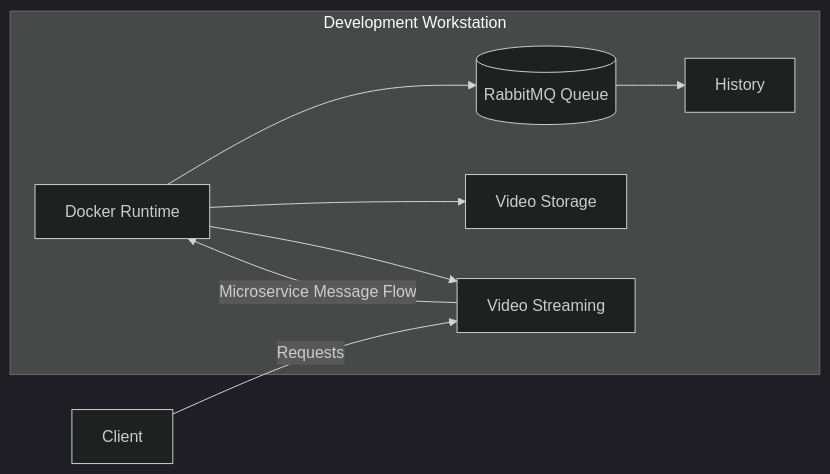
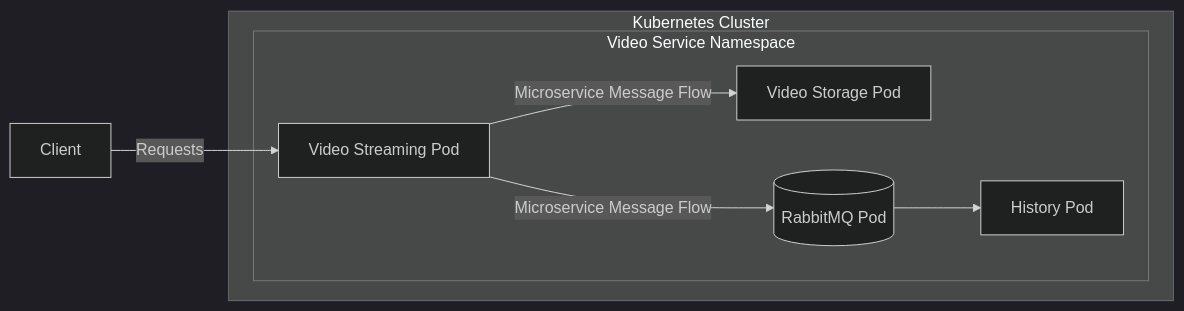
The diagram in README.md (yongjulejule/kube-voyage), drawn with Mermaid (dark theme) before and after one commit. The commit also changed other lines of this file, not shown here.

Commit message:
:memo: docs: Update README.md

````diff
--- a/README.md
+++ b/README.md
@@ -3,18 +3,17 @@
 ```mermaid
 flowchart LR
-    subgraph Development_Workstation [Development Workstation]
-        Docker_Runtime[Docker Runtime]
-        Video_Streaming[Video Streaming]
-        Video_Storage[Video Storage]
-        RabbitMQ[(RabbitMQ Queue)]
-        History[History]
+    subgraph Kubernetes_Cluster [Kubernetes Cluster]
+        subgraph Video_Service_Namespace [Video Service Namespace]
+            Video_Streaming_Pod[Video Streaming Pod]
+            Video_Storage_Pod[Video Storage Pod]
+            RabbitMQ_Pod[(RabbitMQ Pod)]
+            History_Pod[History Pod]
 
-        Docker_Runtime --> RabbitMQ
-        Docker_Runtime --> Video_Storage
-        Docker_Runtime --> Video_Streaming
-        RabbitMQ --> History
+            Video_Streaming_Pod -->|Microservice Message Flow| Video_Storage_Pod
+            Video_Streaming_Pod -->|Microservice Message Flow| RabbitMQ_Pod
+            RabbitMQ_Pod --> History_Pod
+        end
     end
 
-    Client[Client] -->|Requests| Video_Streaming
-    Video_Streaming -->|Microservice Message Flow| Docker_Runtime
+    Client[Client] -->|Requests| Video_Streaming_Pod
 ```
````
